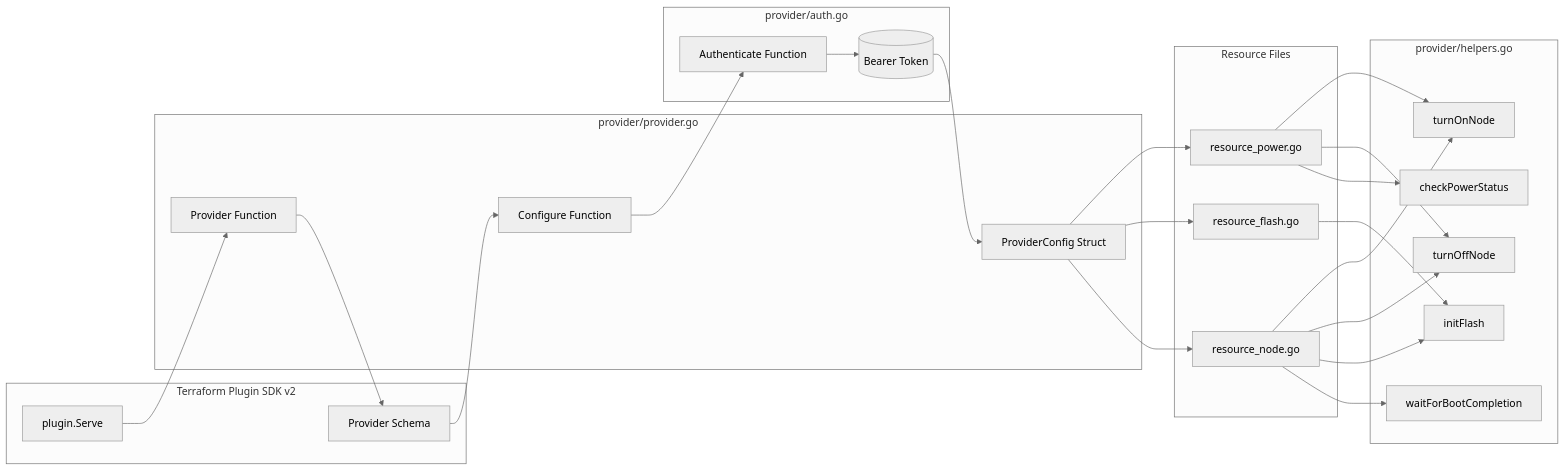
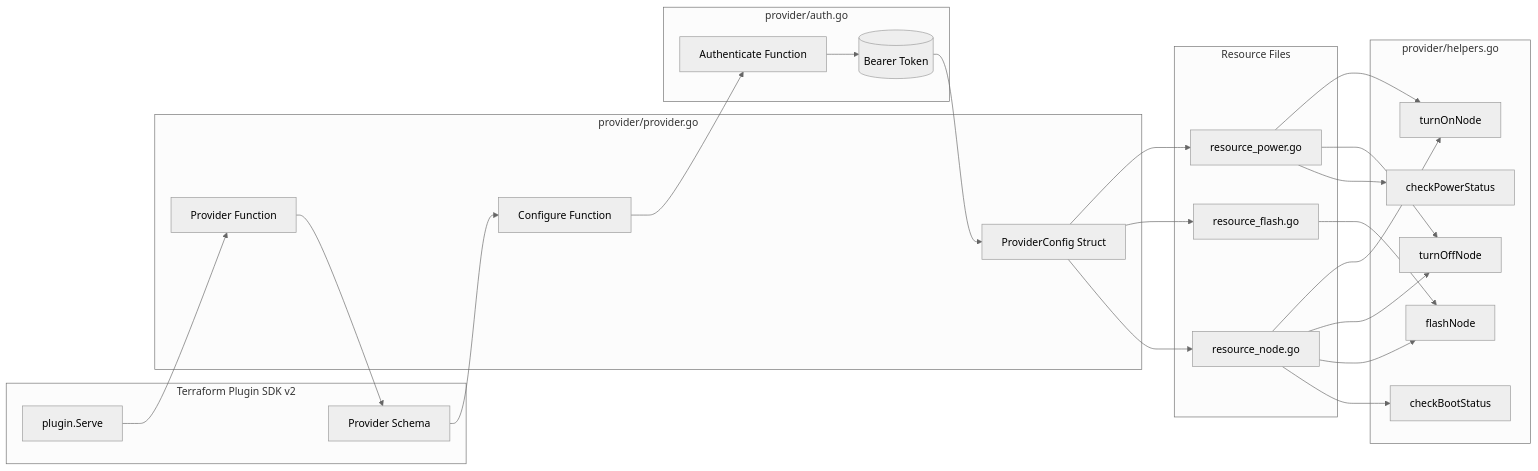
The third of 9 diagrams in docs/ARCHITECTURE.md (freed-dev-llc/terraform-provider-turingpi), drawn with Mermaid before and after one commit. The commit also changed other lines of this file and 10 other files, not shown here.

````diff
--- a/docs/ARCHITECTURE.md
+++ b/docs/ARCHITECTURE.md
@@ -134,55 +134,55 @@
 ```mermaid
 %%{init: {'theme': 'neutral'}}%%
 graph LR
     subgraph "Terraform Plugin SDK v2"
         Plugin[plugin.Serve]
         Schema[Provider Schema]
     end
 
     subgraph "provider/provider.go"
         ProviderFunc[Provider Function]
         ConfigFunc[Configure Function]
         ProviderConfig[ProviderConfig Struct]
     end
 
     subgraph "provider/auth.go"
         Authenticate[Authenticate Function]
         Token[(Bearer Token)]
     end
 
     subgraph "provider/helpers.go"
         PowerOn[turnOnNode]
         PowerOff[turnOffNode]
-        FlashFW[initFlash]
-        CheckBoot[waitForBootCompletion]
+        FlashFW[flashNode]
+        CheckBoot[checkBootStatus]
         CheckPower[checkPowerStatus]
     end
 
     subgraph "Resource Files"
         ResPower[resource_power.go]
         ResFlash[resource_flash.go]
         ResNode[resource_node.go]
     end
 
     Plugin --> ProviderFunc
     ProviderFunc --> Schema
     Schema --> ConfigFunc
     ConfigFunc --> Authenticate
     Authenticate --> Token
     Token --> ProviderConfig
 
     ProviderConfig --> ResPower
     ProviderConfig --> ResFlash
     ProviderConfig --> ResNode
 
     ResPower --> PowerOn
     ResPower --> PowerOff
     ResPower --> CheckPower
 
     ResFlash --> FlashFW
 
     ResNode --> PowerOn
     ResNode --> PowerOff
     ResNode --> FlashFW
     ResNode --> CheckBoot
 ```
````
